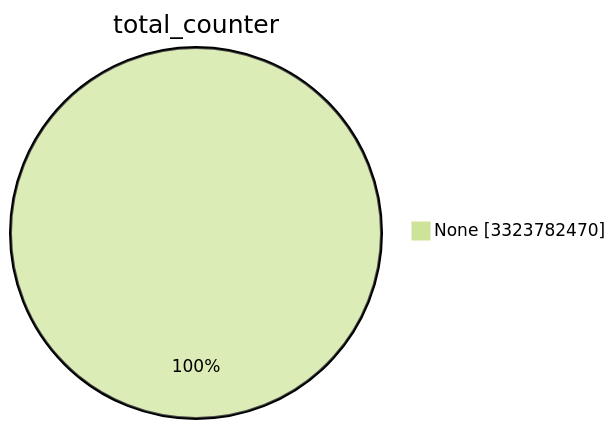
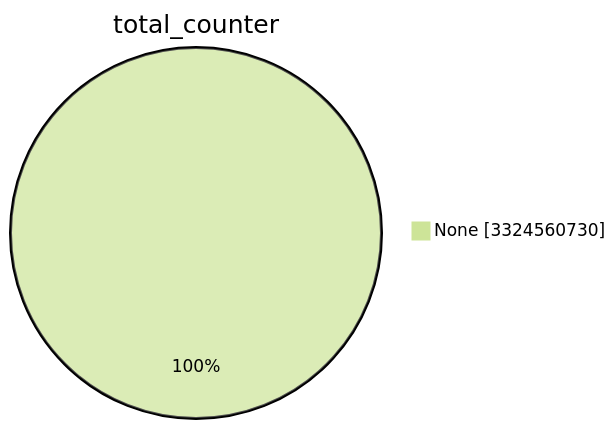
Before and after one commit to christiankrug/ctmonitor_visualization: the first of 15 diagrams in TOTAL/README.md, drawn with Mermaid (forest theme). The commit also changed other lines of this file, not shown here.

````diff
--- a/TOTAL/README.md
+++ b/TOTAL/README.md
@@ -1,5 +1,5 @@
 ```mermaid
 pie showData
 title total_counter
-"None" :3323782470
+"None" :3324560730
 ```
````
